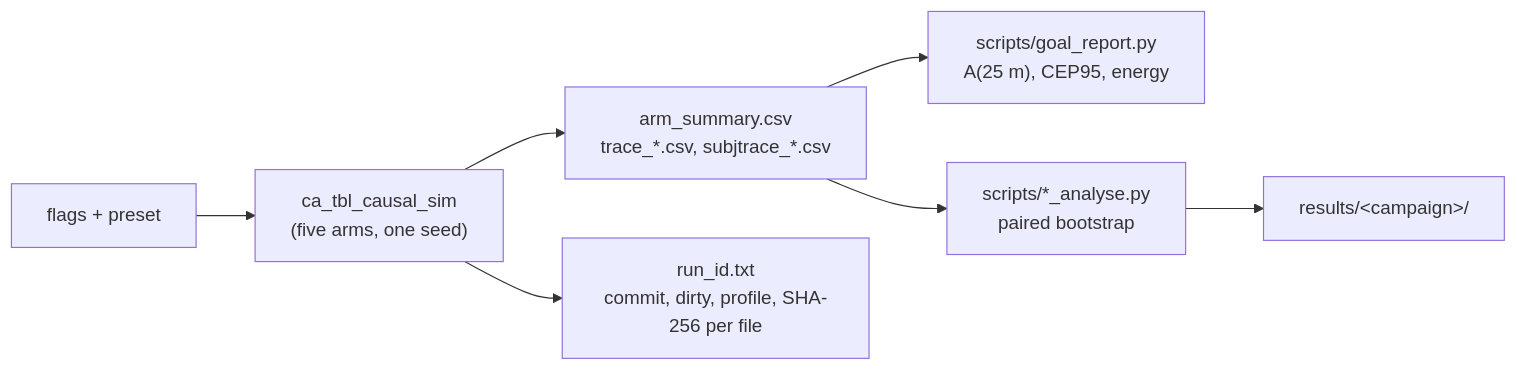
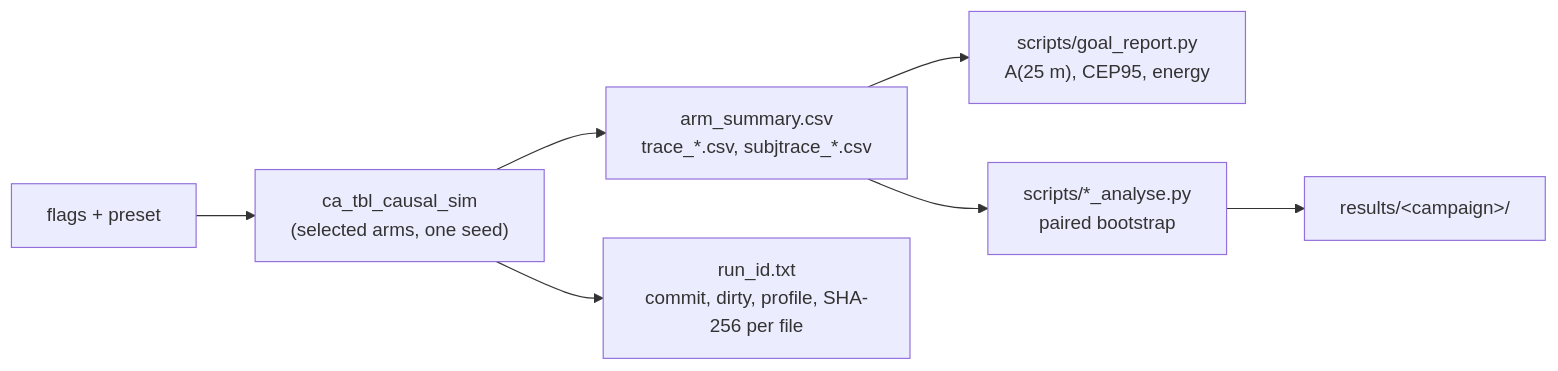
One commit to YKushal-hub/ca-tbl-localization changed the diagram in docs-site/implementation/execution-pipeline.md. Above: the diagram before and after it, drawn with Mermaid. The commit also changed 3 other files, not shown here.

````diff
--- a/docs-site/implementation/execution-pipeline.md
+++ b/docs-site/implementation/execution-pipeline.md
@@ -5,9 +5,9 @@
 ```mermaid
 flowchart LR
-    CFG["flags + preset"] --> SIM["ca_tbl_causal_sim<br/>(five arms, one seed)"]
+    CFG["flags + preset"] --> SIM["ca_tbl_causal_sim<br/>(selected arms, one seed)"]
     SIM --> OUT["arm_summary.csv<br/>trace_*.csv, subjtrace_*.csv"]
     SIM --> RID["run_id.txt<br/>commit, dirty, profile, SHA-256 per file"]
     OUT --> GR["scripts/goal_report.py<br/>A(25 m), CEP95, energy"]
     OUT --> AN["scripts/*_analyse.py<br/>paired bootstrap"]
     AN --> RES["results/&lt;campaign&gt;/"]
 ```
````
